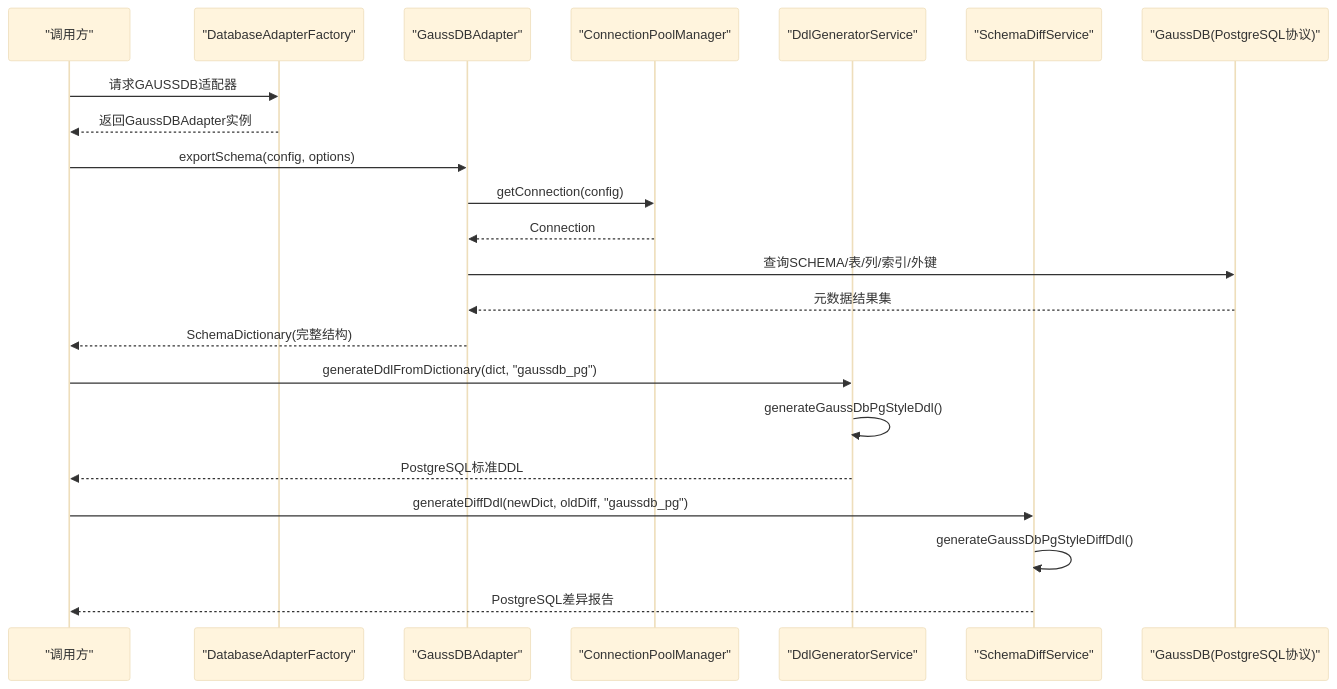
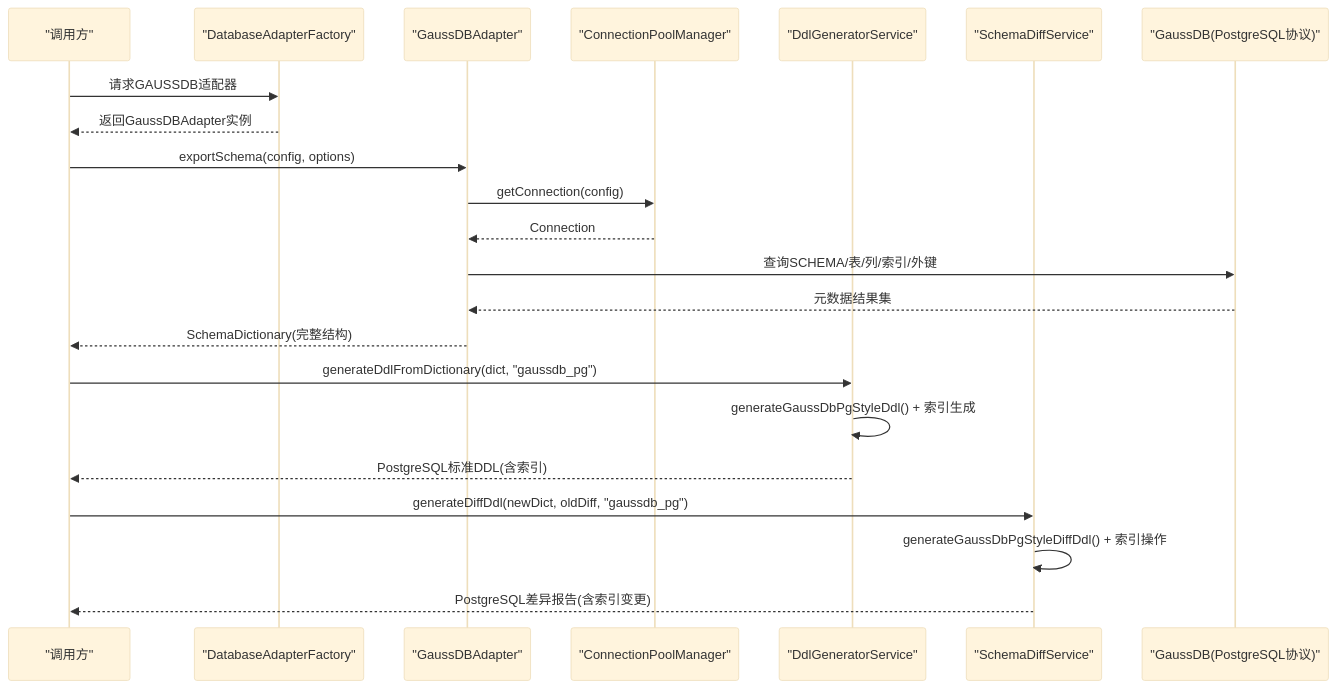
Before and after one commit to SamLing-Why/SchemaSync: the second of 12 diagrams in .qoder/repowiki/zh/content/数据库适配器/数据库适配器实现/GaussDB适配器实现.md, drawn with Mermaid (base theme). The commit also changed other lines of this file and 38 other files, not shown here.

````diff
--- a/.qoder/repowiki/zh/content/数据库适配器/数据库适配器实现/GaussDB适配器实现.md
+++ b/.qoder/repowiki/zh/content/数据库适配器/数据库适配器实现/GaussDB适配器实现.md
@@ -133,24 +133,24 @@
 ```mermaid
 sequenceDiagram
 participant Client as "调用方"
 participant Factory as "DatabaseAdapterFactory"
 participant Adapter as "GaussDBAdapter"
 participant Pool as "ConnectionPoolManager"
 participant DDLGen as "DdlGeneratorService"
 participant DiffSvc as "SchemaDiffService"
 participant DB as "GaussDB(PostgreSQL协议)"
 Client->>Factory : 请求GAUSSDB适配器
 Factory-->>Client : 返回GaussDBAdapter实例
 Client->>Adapter : exportSchema(config, options)
 Adapter->>Pool : getConnection(config)
 Pool-->>Adapter : Connection
 Adapter->>DB : 查询SCHEMA/表/列/索引/外键
 DB-->>Adapter : 元数据结果集
 Adapter-->>Client : SchemaDictionary(完整结构)
 Client->>DDLGen : generateDdlFromDictionary(dict, "gaussdb_pg")
-DDLGen->>DDLGen : generateGaussDbPgStyleDdl()
-DDLGen-->>Client : PostgreSQL标准DDL
+DDLGen->>DDLGen : generateGaussDbPgStyleDdl() + 索引生成
+DDLGen-->>Client : PostgreSQL标准DDL(含索引)
 Client->>DiffSvc : generateDiffDdl(newDict, oldDiff, "gaussdb_pg")
-DiffSvc->>DiffSvc : generateGaussDbPgStyleDiffDdl()
-DiffSvc-->>Client : PostgreSQL差异报告
+DiffSvc->>DiffSvc : generateGaussDbPgStyleDiffDdl() + 索引操作
+DiffSvc-->>Client : PostgreSQL差异报告(含索引变更)
 ```
````
